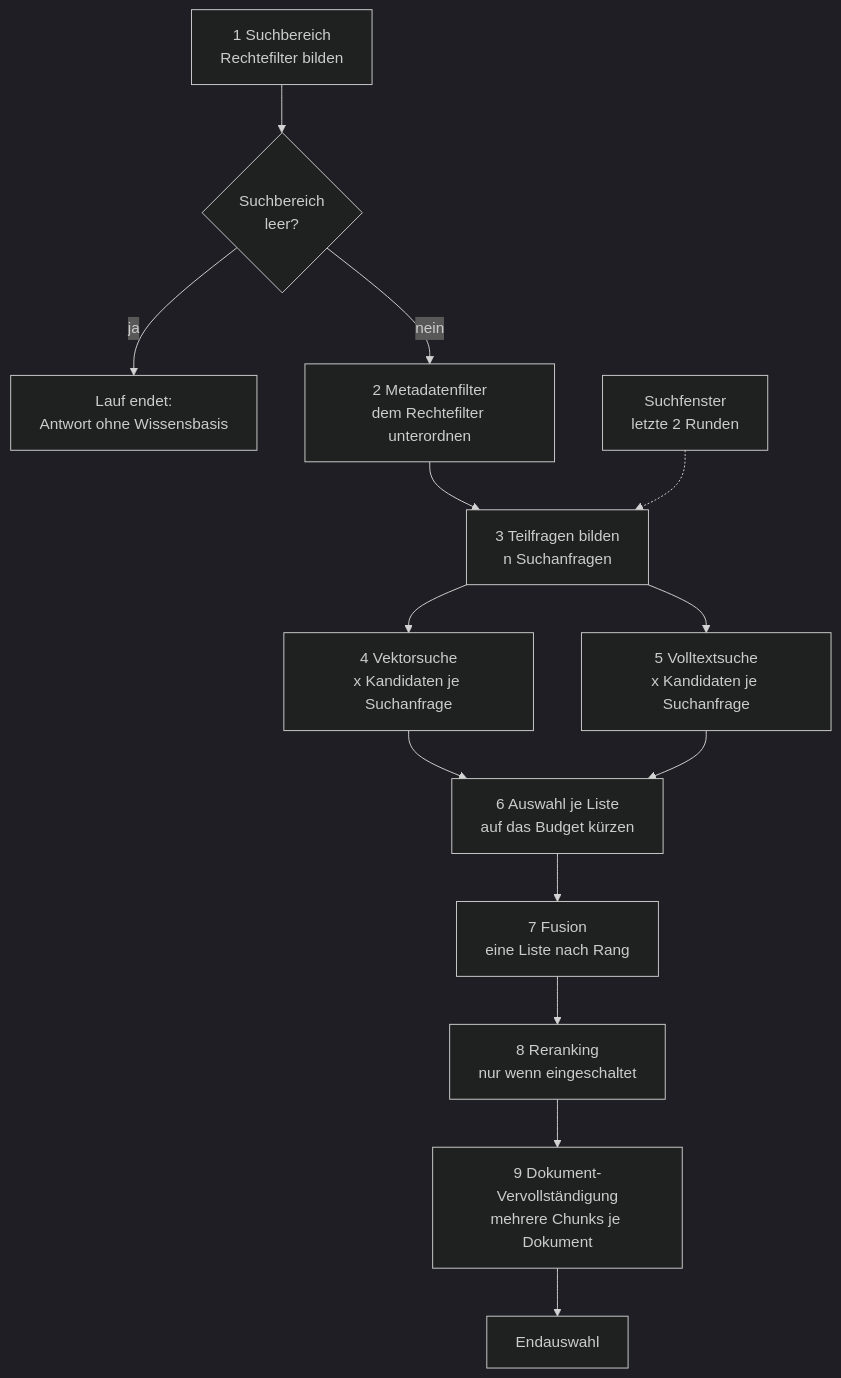
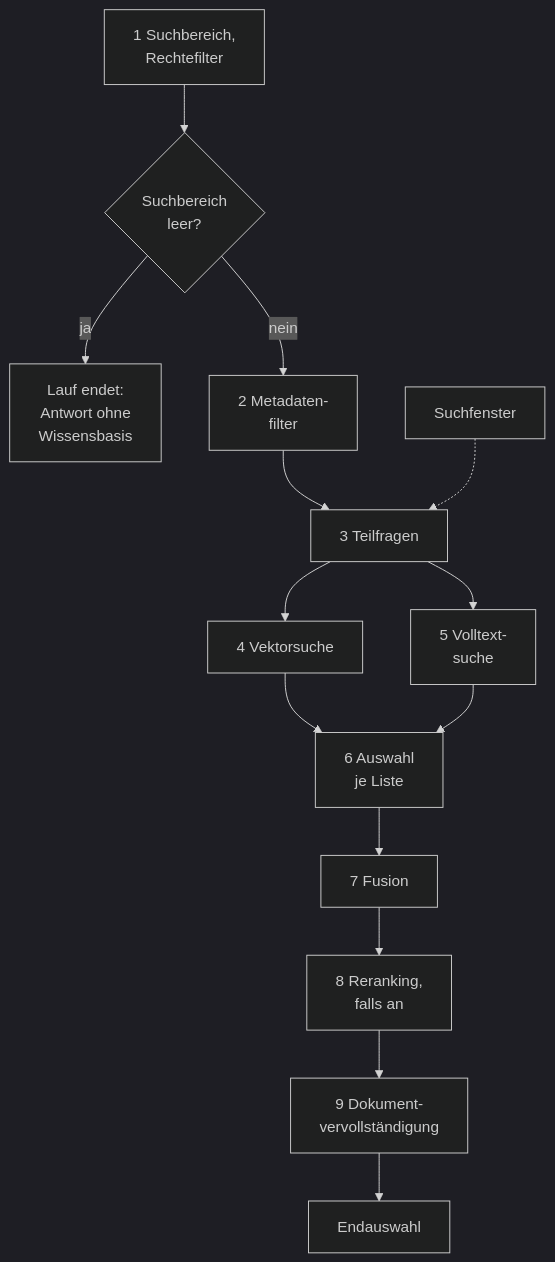
One commit to criew/opaa changed the third of 4 diagrams in docs/handbuch/suche.md. Above: the diagram before and after it, drawn with Mermaid (dark theme). The commit also changed other lines of this file and 11 other files, not shown here.

First line of the commit message:
docs(handbuch): Mermaid-Knoten mit kurzen Zeilen

````diff
--- a/docs/handbuch/suche.md
+++ b/docs/handbuch/suche.md
@@ -195,16 +195,16 @@
 ```mermaid
 flowchart TB
-    S1[1 Suchbereich<br/>Rechtefilter bilden] --> Q{Suchbereich<br/>leer?}
-    Q -- ja --> H[Lauf endet:<br/>Antwort ohne Wissensbasis]
-    Q -- nein --> S2[2 Metadatenfilter<br/>dem Rechtefilter unterordnen]
-    S2 --> S3[3 Teilfragen bilden<br/>n Suchanfragen]
-    V[Suchfenster<br/>letzte 2 Runden] -.-> S3
-    S3 --> S4[4 Vektorsuche<br/>x Kandidaten je Suchanfrage]
-    S3 --> S5[5 Volltextsuche<br/>x Kandidaten je Suchanfrage]
-    S4 --> S6[6 Auswahl je Liste<br/>auf das Budget kürzen]
+    S1[1 Suchbereich,<br/>Rechtefilter] --> Q{Suchbereich<br/>leer?}
+    Q -- ja --> H[Lauf endet:<br/>Antwort ohne<br/>Wissensbasis]
+    Q -- nein --> S2[2 Metadaten-<br/>filter]
+    S2 --> S3[3 Teilfragen]
+    V[Suchfenster] -.-> S3
+    S3 --> S4[4 Vektorsuche]
+    S3 --> S5[5 Volltext-<br/>suche]
+    S4 --> S6[6 Auswahl<br/>je Liste]
     S5 --> S6
-    S6 --> S7[7 Fusion<br/>eine Liste nach Rang]
-    S7 --> S8[8 Reranking<br/>nur wenn eingeschaltet]
-    S8 --> S9[9 Dokument-Vervollständigung<br/>mehrere Chunks je Dokument]
+    S6 --> S7[7 Fusion]
+    S7 --> S8[8 Reranking,<br/>falls an]
+    S8 --> S9[9 Dokument-<br/>vervollständigung]
     S9 --> E[Endauswahl]
 ```
````
